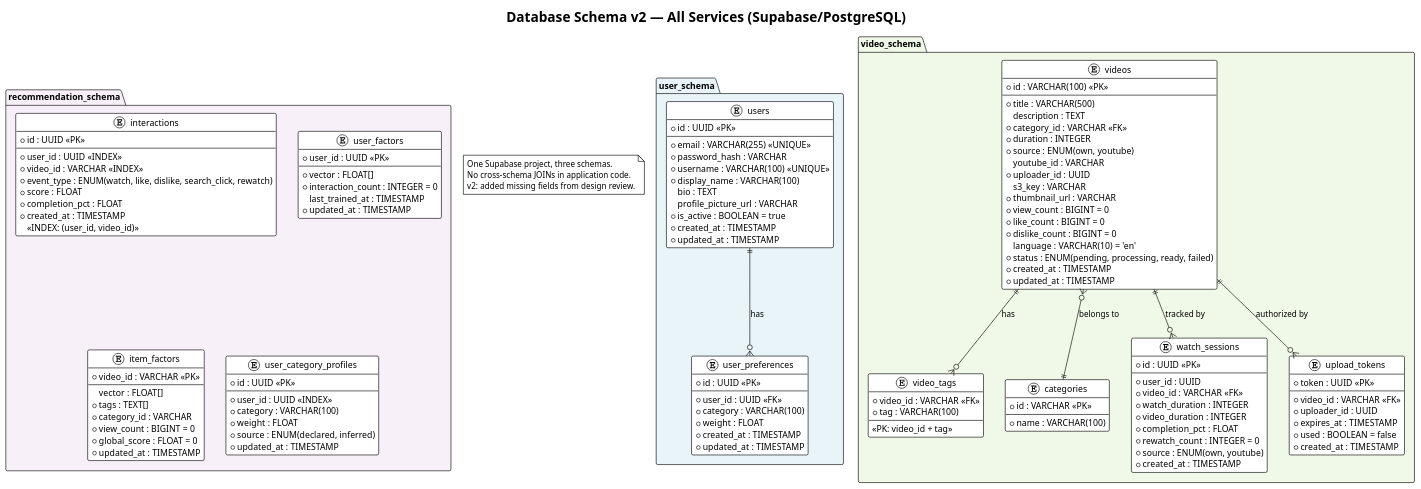
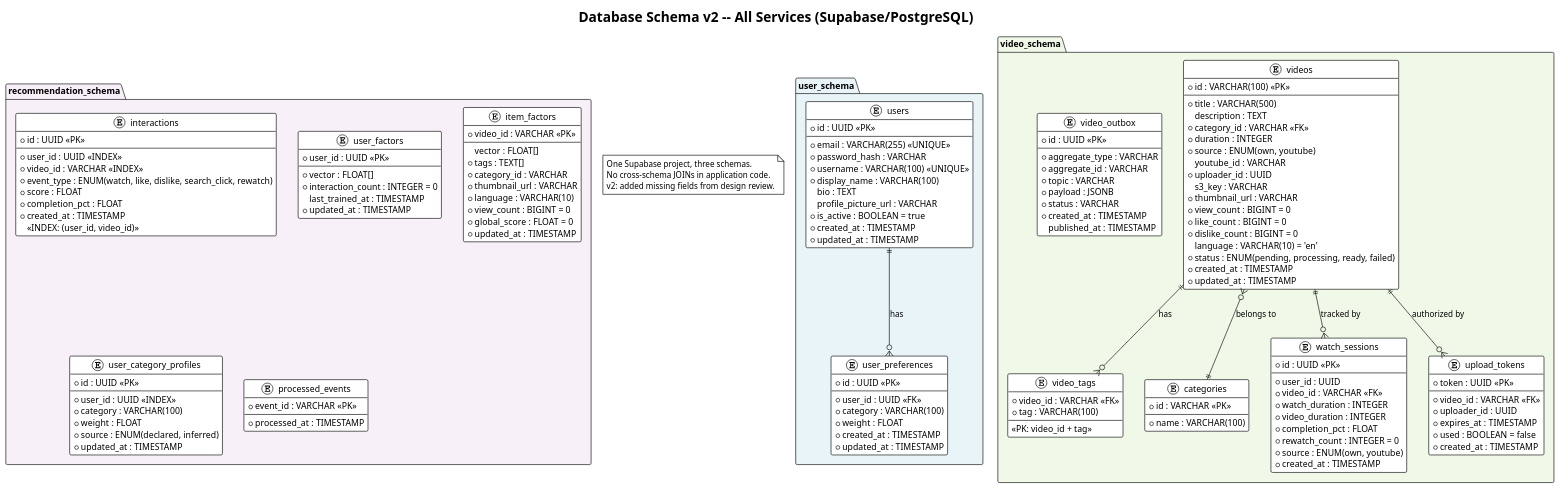
One commit to AmnsAmr/recommendation_sys changed the diagram in uml/07_database_erd_v2.puml. Above: the diagram before and after it, drawn with PlantUML. The commit also changed 18 other files, not shown here.

```diff
--- a/uml/07_database_erd_v2.puml
+++ b/uml/07_database_erd_v2.puml
@@ -1,150 +1,170 @@
-@startuml Database Schema — ERD (v2)
+@startuml Database Schema -- ERD (v2)
 !theme plain
 skinparam backgroundColor #FFFFFF
 skinparam defaultFontName Arial
 
-title Database Schema v2 — All Services (Supabase/PostgreSQL)
+title Database Schema v2 -- All Services (Supabase/PostgreSQL)
 
 note as N1
   One Supabase project, three schemas.
   No cross-schema JOINs in application code.
   v2: added missing fields from design review.
 end note
 
 package "user_schema" #E8F4F8 {
   entity "users" as users {
     * id : UUID <<PK>>
     --
     * email : VARCHAR(255) <<UNIQUE>>
     * password_hash : VARCHAR
     * username : VARCHAR(100) <<UNIQUE>>
     * display_name : VARCHAR(100)
     bio : TEXT
     profile_picture_url : VARCHAR
     * is_active : BOOLEAN = true
     * created_at : TIMESTAMP
     * updated_at : TIMESTAMP
   }
 
   entity "user_preferences" as prefs {
     * id : UUID <<PK>>
     --
     * user_id : UUID <<FK>>
     * category : VARCHAR(100)
     * weight : FLOAT
     * created_at : TIMESTAMP
     * updated_at : TIMESTAMP
   }
 
   users ||--o{ prefs : has
 }
 
 package "video_schema" #F0F8E8 {
   entity "videos" as videos {
     * id : VARCHAR(100) <<PK>>
     --
     * title : VARCHAR(500)
     description : TEXT
     * category_id : VARCHAR <<FK>>
     * duration : INTEGER
     * source : ENUM(own, youtube)
     youtube_id : VARCHAR
     * uploader_id : UUID
     s3_key : VARCHAR
     * thumbnail_url : VARCHAR
     * view_count : BIGINT = 0
     * like_count : BIGINT = 0
     * dislike_count : BIGINT = 0
     language : VARCHAR(10) = 'en'
     * status : ENUM(pending, processing, ready, failed)
     * created_at : TIMESTAMP
     * updated_at : TIMESTAMP
   }
 
   entity "video_tags" as tags {
     * video_id : VARCHAR <<FK>>
     * tag : VARCHAR(100)
     --
     <<PK: video_id + tag>>
   }
 
   entity "categories" as cats {
     * id : VARCHAR <<PK>>
     --
     * name : VARCHAR(100)
   }
 
   entity "watch_sessions" as sessions {
     * id : UUID <<PK>>
     --
     * user_id : UUID
     * video_id : VARCHAR <<FK>>
     * watch_duration : INTEGER
     * video_duration : INTEGER
     * completion_pct : FLOAT
     * rewatch_count : INTEGER = 0
     * source : ENUM(own, youtube)
     * created_at : TIMESTAMP
   }
 
   entity "upload_tokens" as tokens {
     * token : UUID <<PK>>
     --
     * video_id : VARCHAR <<FK>>
     * uploader_id : UUID
     * expires_at : TIMESTAMP
     * used : BOOLEAN = false
     * created_at : TIMESTAMP
   }
 
+  entity "video_outbox" as outbox {
+    * id : UUID <<PK>>
+    --
+    * aggregate_type : VARCHAR
+    * aggregate_id : VARCHAR
+    * topic : VARCHAR
+    * payload : JSONB
+    * status : VARCHAR
+    * created_at : TIMESTAMP
+    published_at : TIMESTAMP
+  }
+
   videos ||--o{ tags : has
   videos }o--|| cats : belongs to
   videos ||--o{ sessions : tracked by
   videos ||--o{ tokens : authorized by
 }
 
 package "recommendation_schema" #F8F0F8 {
   entity "interactions" as interactions {
     * id : UUID <<PK>>
     --
     * user_id : UUID <<INDEX>>
     * video_id : VARCHAR <<INDEX>>
     * event_type : ENUM(watch, like, dislike, search_click, rewatch)
     * score : FLOAT
     * completion_pct : FLOAT
     * created_at : TIMESTAMP
     <<INDEX: (user_id, video_id)>>
   }
 
   entity "user_factors" as ufactors {
     * user_id : UUID <<PK>>
     --
     * vector : FLOAT[]
     * interaction_count : INTEGER = 0
     last_trained_at : TIMESTAMP
     * updated_at : TIMESTAMP
   }
 
   entity "item_factors" as ifactors {
     * video_id : VARCHAR <<PK>>
     --
     vector : FLOAT[]
     * tags : TEXT[]
     * category_id : VARCHAR
+    * thumbnail_url : VARCHAR
+    * language : VARCHAR(10)
     * view_count : BIGINT = 0
     * global_score : FLOAT = 0
     * updated_at : TIMESTAMP
   }
 
   entity "user_category_profiles" as catprofiles {
     * id : UUID <<PK>>
     --
     * user_id : UUID <<INDEX>>
     * category : VARCHAR(100)
     * weight : FLOAT
     * source : ENUM(declared, inferred)
     * updated_at : TIMESTAMP
   }
+
+  entity "processed_events" as pevents {
+    * event_id : VARCHAR <<PK>>
+    --
+    * processed_at : TIMESTAMP
+  }
 }
 
 @enduml
```
